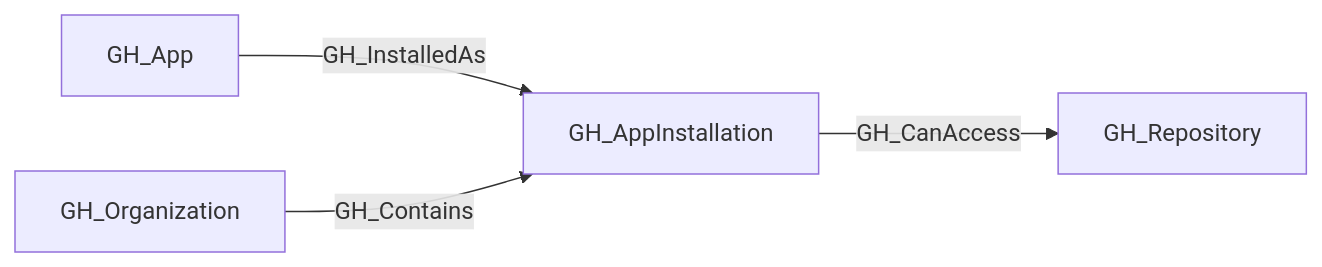
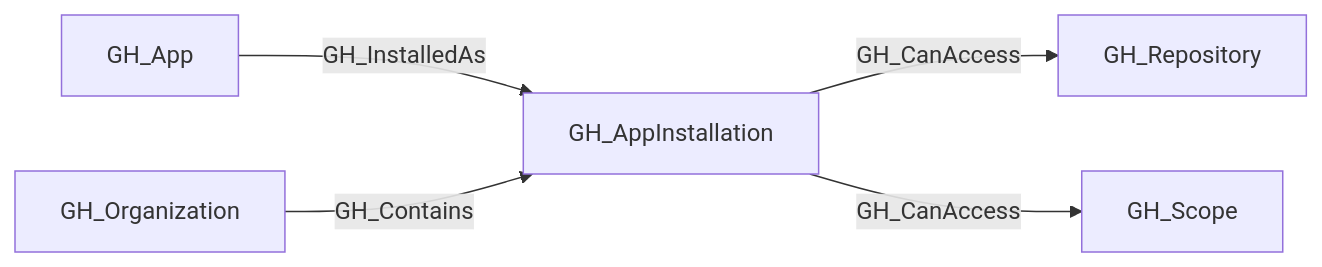
Before and after one commit to SpecterOps/bloodhound-docs: the second of 2 diagrams in docs/opengraph/extensions/github/nodes/gh_appinstallation.mdx, drawn with Mermaid. The commit also changed other lines of this file and 30 other files, not shown here.

Commit message:
chore: update openhound github reference for schema v1.4.0

````diff
--- a/docs/opengraph/extensions/github/nodes/gh_appinstallation.mdx
+++ b/docs/opengraph/extensions/github/nodes/gh_appinstallation.mdx
@@ -63,11 +65,13 @@
 ```mermaid
 flowchart LR
 
     GH_App["GH_App"]
     GH_AppInstallation["GH_AppInstallation"]
     GH_Organization["GH_Organization"]
     GH_Repository["GH_Repository"]
+    GH_Scope["GH_Scope"]
     GH_App -- GH_InstalledAs --> GH_AppInstallation
     GH_AppInstallation -- GH_CanAccess --> GH_Repository
+    GH_AppInstallation -- GH_CanAccess --> GH_Scope
     GH_Organization -- GH_Contains --> GH_AppInstallation
 ```
````
